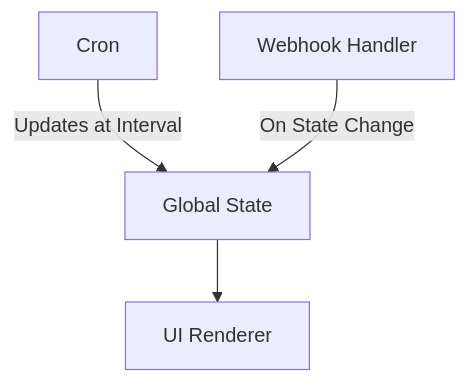
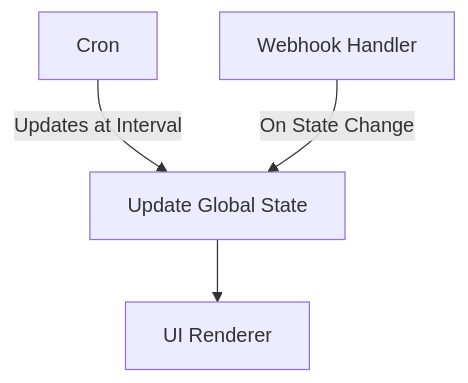
The diagram in docs/architecture.md (nodes-project/nodular), drawn with Mermaid before and after one commit. The commit also changed 2 other files, not shown here.

Commit message:
feat: lists all tabs at a cron and stores in local storage (#5)

````diff
--- a/docs/architecture.md
+++ b/docs/architecture.md
@@ -10,6 +10,6 @@
 ```mermaid
 graph TD
-    A[Cron] --> |Updates at Interval| B[Global State];
+    A[Cron] --> |Updates at Interval| B[Update Global State];
     C[Webhook Handler] --> |On State Change| B;
     B --> D[UI Renderer];
 ```
````
